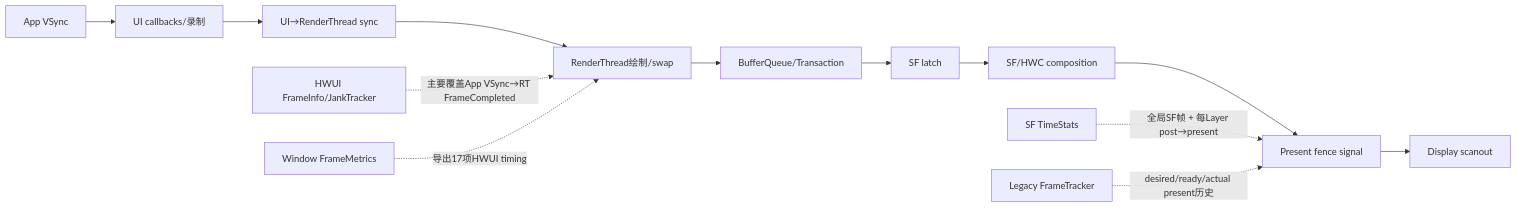
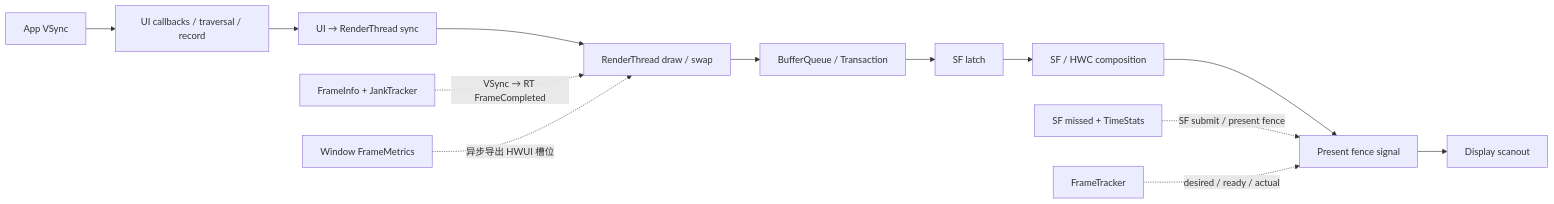
One commit to junyingzhao001/StudyNotes changed the first of 3 diagrams in Android源码学习/167-Android11帧性能统计FrameInfoJankTrackerTimeStats与FrameTracker.md. Above: the diagram before and after it, drawn with Mermaid. The commit also changed other lines of this file and 30 other files, not shown here.

````diff
--- a/Android源码学习/167-Android11帧性能统计FrameInfoJankTrackerTimeStats与FrameTracker.md
+++ b/Android源码学习/167-Android11帧性能统计FrameInfoJankTrackerTimeStats与FrameTracker.md
@@ -58,16 +45,16 @@
 ```mermaid
 flowchart LR
-    VS["App VSync"] --> UI["UI callbacks/录制"]
-    UI --> SYNC["UI→RenderThread sync"]
-    SYNC --> RT["RenderThread绘制/swap"]
-    RT --> BQ["BufferQueue/Transaction"]
-    BQ --> LATCH["SF latch"]
-    LATCH --> COMP["SF/HWC composition"]
-    COMP --> PRESENT["Present fence signal"]
-    PRESENT --> SCAN["Display scanout"]
+    V["App VSync"] --> U["UI callbacks / traversal / record"]
+    U --> Y["UI → RenderThread sync"]
+    Y --> R["RenderThread draw / swap"]
+    R --> Q["BufferQueue / Transaction"]
+    Q --> L["SF latch"]
+    L --> C["SF / HWC composition"]
+    C --> P["Present fence signal"]
+    P --> D["Display scanout"]
 
-    A["HWUI FrameInfo/JankTracker"] -."主要覆盖App VSync→RT FrameCompleted".-> RT
-    B["Window FrameMetrics"] -."导出17项HWUI timing".-> RT
-    C["SF TimeStats"] -."全局SF帧 + 每Layer post→present".-> PRESENT
-    D["Legacy FrameTracker"] -."desired/ready/actual present历史".-> PRESENT
+    A["FrameInfo + JankTracker"] -. "VSync → RT FrameCompleted" .-> R
+    B["Window FrameMetrics"] -. "异步导出 HWUI 槽位" .-> R
+    S["SF missed + TimeStats"] -. "SF submit / present fence" .-> P
+    F["FrameTracker"] -. "desired / ready / actual" .-> P
 ```
````
